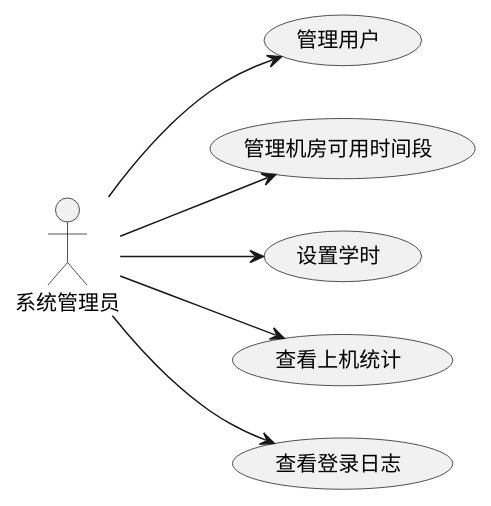
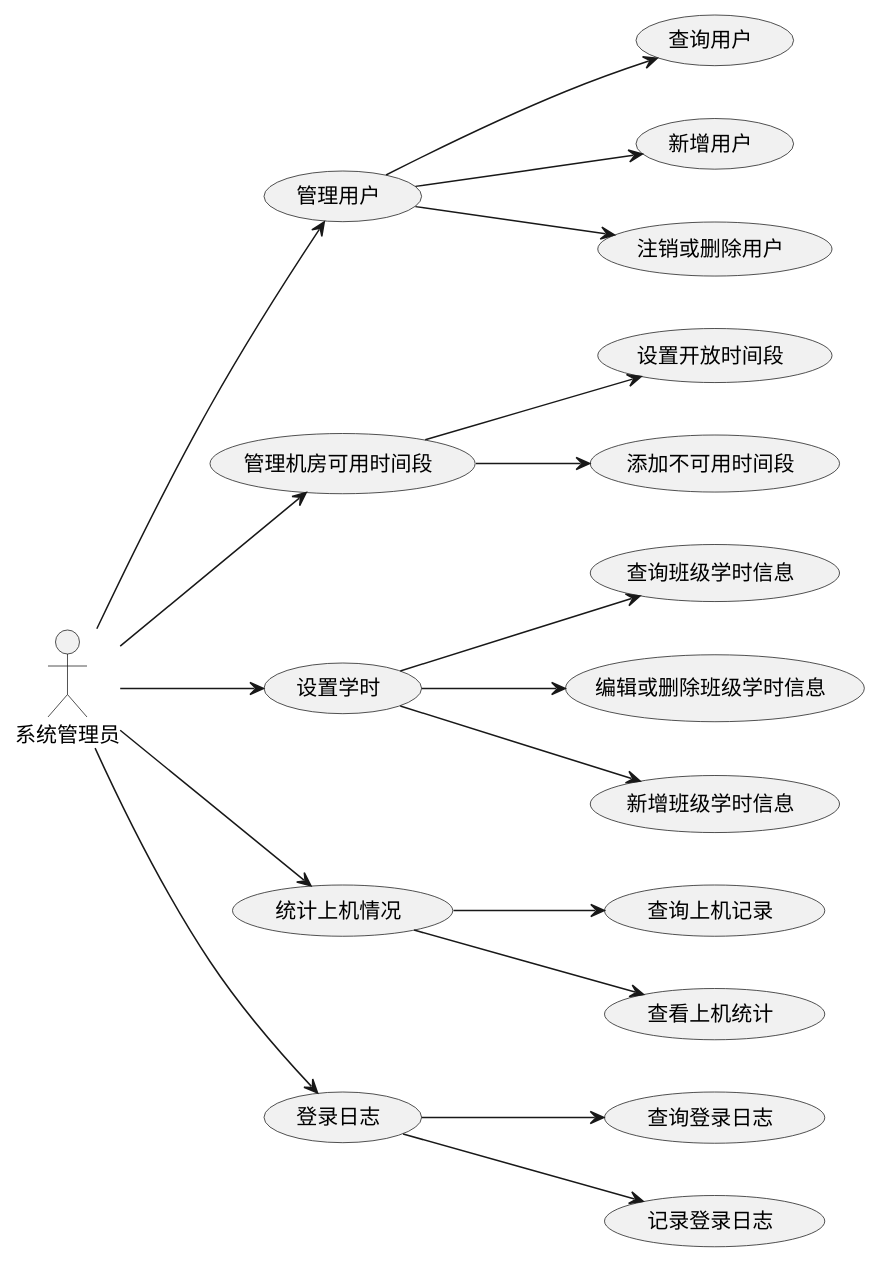
One commit to BuMingSuooYi/ComputerRoomMangement-Backend changed the diagram in src/main/resources/用例图/SystemAdministrator.puml. Above: the diagram before and after it, drawn with PlantUML. The commit also changed 2 other files, not shown here.

Commit message:
The use case diagram was refined and the activity diagram of the system administrator and students was modified

```diff
--- a/src/main/resources/用例图/SystemAdministrator.puml
+++ b/src/main/resources/用例图/SystemAdministrator.puml
@@ -1,16 +1,47 @@
 @startuml
 left to right direction
 actor 系统管理员
 usecase 管理用户
 usecase 管理机房可用时间段
 usecase 设置学时
-usecase 查看上机统计
-usecase 查看登录日志
+usecase 统计上机情况
+usecase 登录日志
+
+
 
 系统管理员 -->管理用户
+usecase 查询用户
+usecase 新增用户
+usecase 注销或删除用户
+管理用户 -->查询用户
+管理用户 -->新增用户
+管理用户 -->注销或删除用户
+
 系统管理员 -->管理机房可用时间段
+usecase 设置开放时间段
+usecase 添加不可用时间段
+管理机房可用时间段 -->设置开放时间段
+管理机房可用时间段 -->添加不可用时间段
+
 系统管理员 -->设置学时
-系统管理员 -->查看上机统计
-系统管理员 -->查看登录日志
+usecase 查询班级学时信息
+usecase 编辑或删除班级学时信息
+usecase 新增班级学时信息
+设置学时 -->查询班级学时信息
+设置学时 -->编辑或删除班级学时信息
+设置学时 -->新增班级学时信息
+
+
+系统管理员 -->统计上机情况
+usecase 查询上机记录
+usecase 查看上机统计
+统计上机情况 -->查询上机记录
+统计上机情况 -->查看上机统计
+
+系统管理员 -->登录日志
+usecase 查询登录日志
+usecase 记录登录日志
+登录日志 -->查询登录日志
+登录日志 -->记录登录日志
 
 @enduml
```
